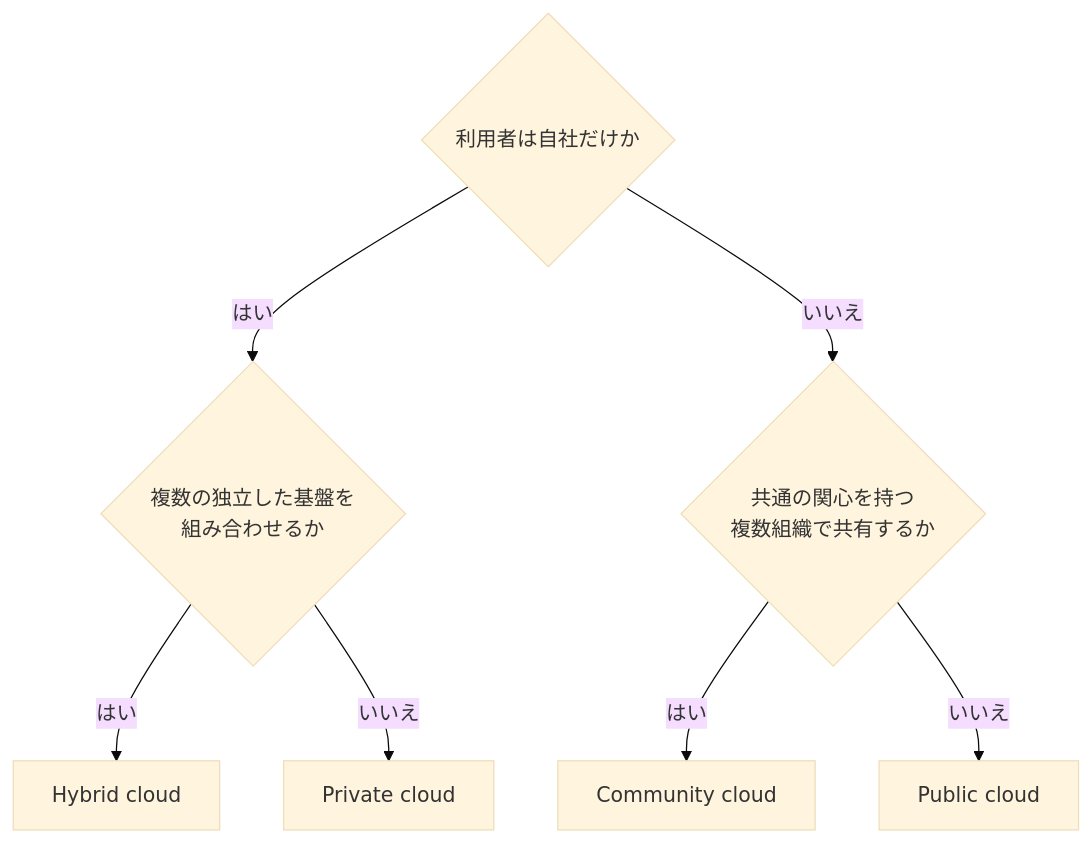
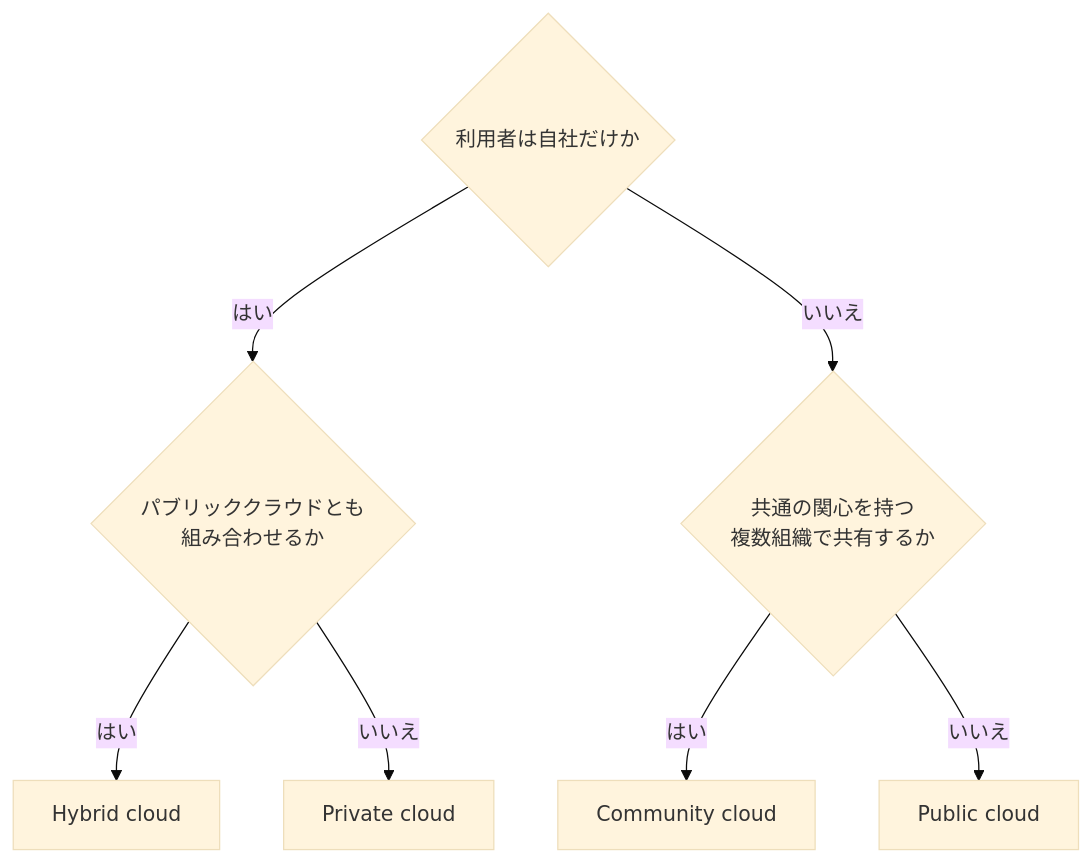
One commit to myoshi2891/Cloud-Infrastructure-and-Network-Studies changed the eighth of 14 diagrams in Iso-iec-22123-2-guide.md. Above: the diagram before and after it, drawn with Mermaid (base theme). The commit also changed other lines of this file and 5 other files, not shown here.

````diff
--- a/Iso-iec-22123-2-guide.md
+++ b/Iso-iec-22123-2-guide.md
@@ -472,16 +472,16 @@
 ```mermaid
 flowchart TD
     M1{"利用者は自社だけか"}
     M2{"共通の関心を持つ<br/>複数組織で共有するか"}
-    M3{"複数の独立した基盤を<br/>組み合わせるか"}
+    M3{"パブリッククラウドとも<br/>組み合わせるか"}
     P1["Private cloud"]
     P2["Community cloud"]
     P3["Hybrid cloud"]
     P4["Public cloud"]
     M1 -->|"はい"| M3
     M1 -->|"いいえ"| M2
     M2 -->|"はい"| P2
     M2 -->|"いいえ"| P4
     M3 -->|"はい"| P3
     M3 -->|"いいえ"| P1
 ```
````
